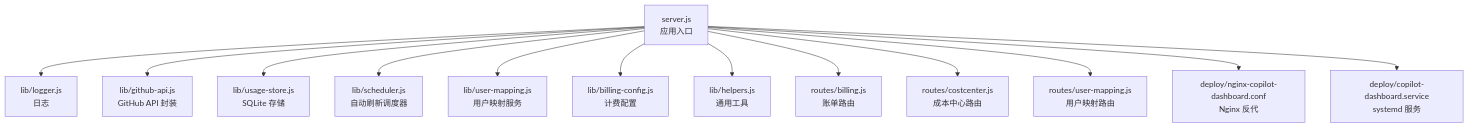
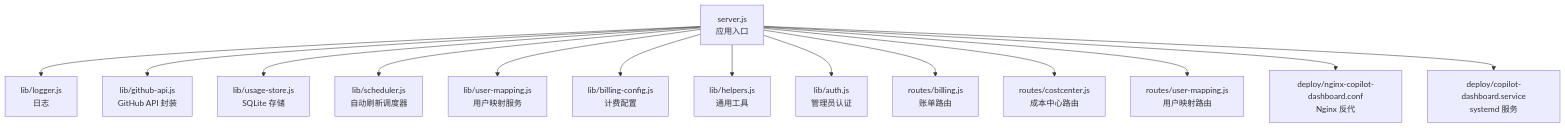
Before and after one commit to kissingwolf/CopilotEnterpriseUsageDisplay: the first of 5 diagrams in .qoder/repowiki/zh/content/配置与定制/配置与定制.md, drawn with Mermaid. The commit also changed other lines of this file and 9 other files, not shown here.

````diff
--- a/.qoder/repowiki/zh/content/配置与定制/配置与定制.md
+++ b/.qoder/repowiki/zh/content/配置与定制/配置与定制.md
@@ -49,15 +52,16 @@
 ```mermaid
 graph TB
 A["server.js<br/>应用入口"] --> B["lib/logger.js<br/>日志"]
 A --> C["lib/github-api.js<br/>GitHub API 封装"]
 A --> D["lib/usage-store.js<br/>SQLite 存储"]
 A --> E["lib/scheduler.js<br/>自动刷新调度器"]
 A --> F["lib/user-mapping.js<br/>用户映射服务"]
 A --> G["lib/billing-config.js<br/>计费配置"]
 A --> H["lib/helpers.js<br/>通用工具"]
-A --> I["routes/billing.js<br/>账单路由"]
-A --> J["routes/costcenter.js<br/>成本中心路由"]
-A --> K["routes/user-mapping.js<br/>用户映射路由"]
-A --> L["deploy/nginx-copilot-dashboard.conf<br/>Nginx 反代"]
-A --> M["deploy/copilot-dashboard.service<br/>systemd 服务"]
+A --> I["lib/auth.js<br/>管理员认证"]
+A --> J["routes/billing.js<br/>账单路由"]
+A --> K["routes/costcenter.js<br/>成本中心路由"]
+A --> L["routes/user-mapping.js<br/>用户映射路由"]
+A --> M["deploy/nginx-copilot-dashboard.conf<br/>Nginx 反代"]
+A --> N["deploy/copilot-dashboard.service<br/>systemd 服务"]
 ```
````
